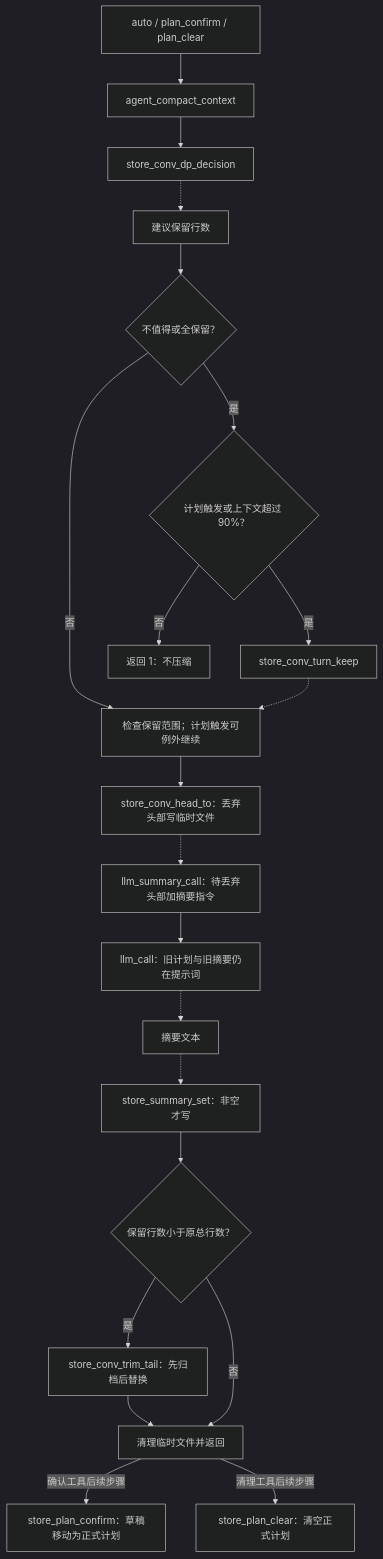
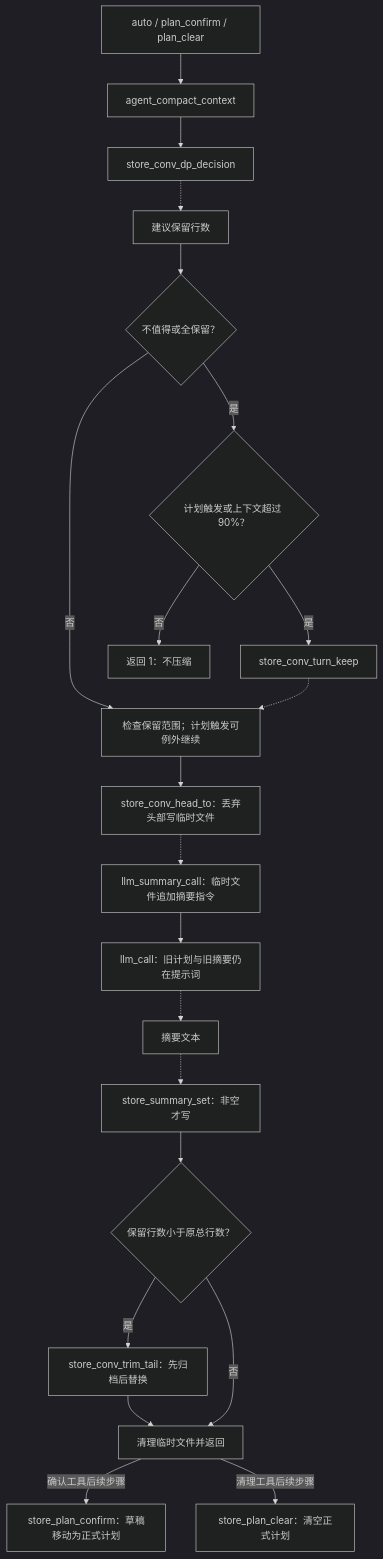
Before and after one commit to lloydzhou/bash-agent: diagram 14 of 15 in docs/bash-data-flow.md, drawn with Mermaid (dark theme). The commit also changed other lines of this file and 2 other files, not shown here.

First line of the commit message:
refactor: store_conv_get_messages 统一文件路径接口

````diff
--- a/docs/bash-data-flow.md
+++ b/docs/bash-data-flow.md
@@ -711,23 +705,23 @@
 ```mermaid
 flowchart TD
   c_trigger["auto / plan_confirm / plan_clear"] --> f_agent_compact_context["agent_compact_context"]
   f_agent_compact_context --> f_store_conv_dp_decision["store_conv_dp_decision"]
   f_store_conv_dp_decision -.-> c_keep["建议保留行数"]
   c_keep --> c_decide{"不值得或全保留？"}
   c_decide -->|否| c_guard["检查保留范围；计划触发可例外继续"]
   c_decide -->|是| c_fallback{"计划触发或上下文超过 90%？"}
   c_fallback -->|否| c_skip["返回 1：不压缩"]
   c_fallback -->|是| f_store_conv_turn_keep["store_conv_turn_keep"]
   f_store_conv_turn_keep -.-> c_guard
   c_guard --> f_store_conv_head_to["store_conv_head_to：丢弃头部写临时文件"]
-  f_store_conv_head_to -.-> f_llm_summary_call["llm_summary_call：待丢弃头部加摘要指令"]
+  f_store_conv_head_to -.-> f_llm_summary_call["llm_summary_call：临时文件追加摘要指令"]
   f_llm_summary_call --> f_llm_call["llm_call：旧计划与旧摘要仍在提示词"]
   f_llm_call -.-> c_summary["摘要文本"]
   c_summary -.-> f_store_summary_set["store_summary_set：非空才写"]
   f_store_summary_set --> c_trim{"保留行数小于原总行数？"}
   c_trim -->|是| f_store_conv_trim_tail["store_conv_trim_tail：先归档后替换"]
   c_trim -->|否| c_finish["清理临时文件并返回"]
   f_store_conv_trim_tail --> c_finish
   c_finish -->|确认工具后续步骤| f_store_plan_confirm["store_plan_confirm：草稿移动为正式计划"]
   c_finish -->|清理工具后续步骤| f_store_plan_clear["store_plan_clear：清空正式计划"]
 ```
````
